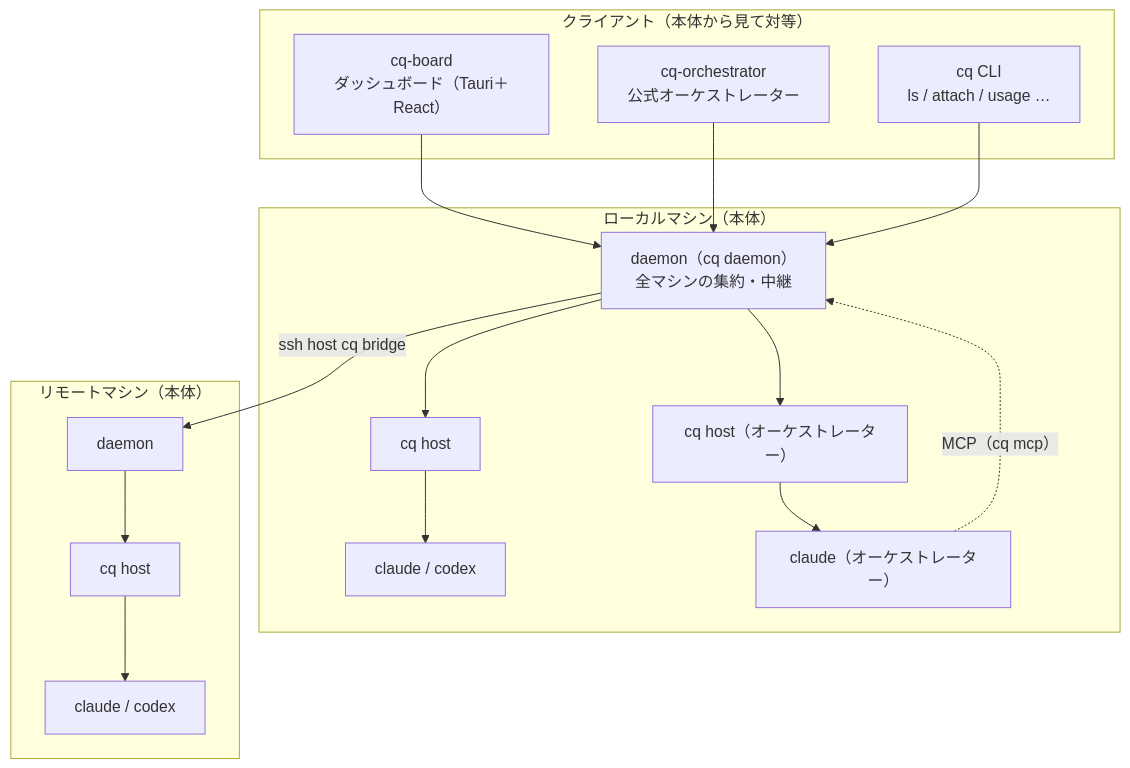
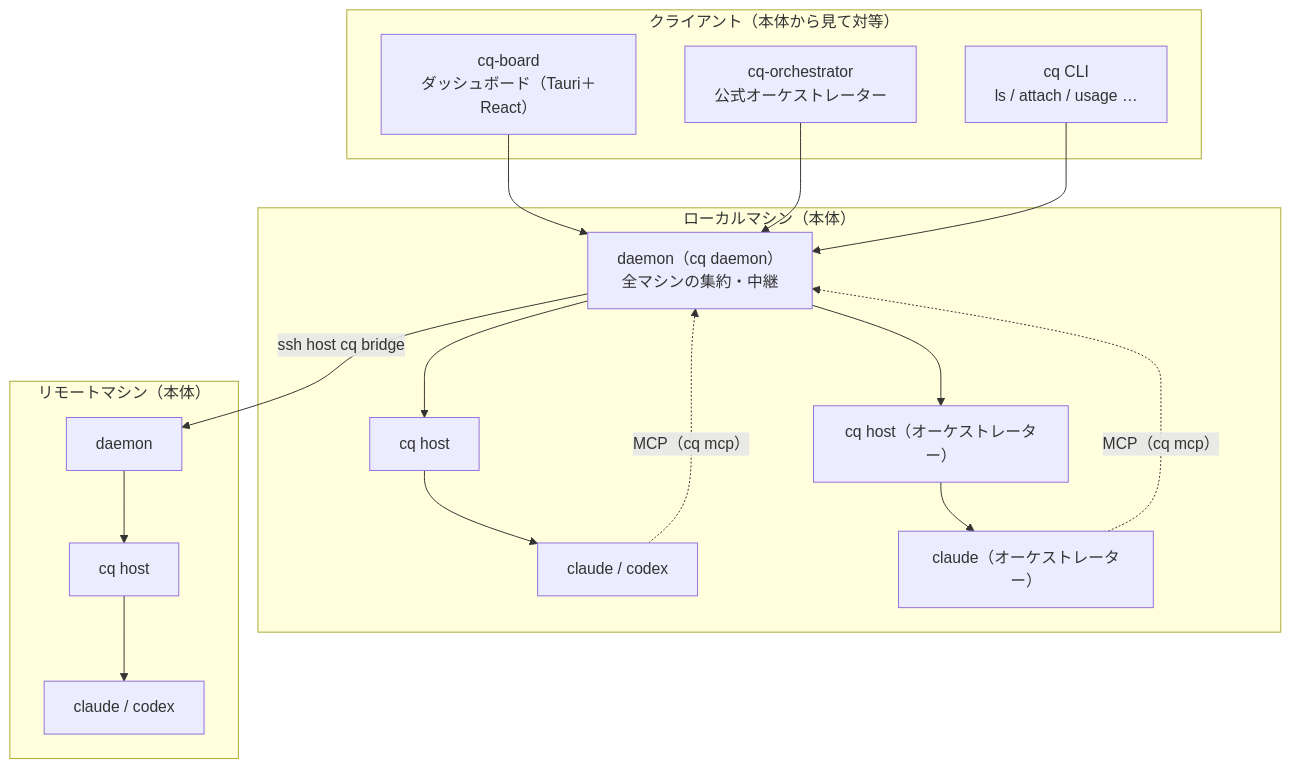
One commit to okenakt/code-quilt changed the first of 3 diagrams in docs/design.md. Above: the diagram before and after it, drawn with Mermaid. The commit also changed other lines of this file, not shown here.

````diff
--- a/docs/design.md
+++ b/docs/design.md
@@ -37,20 +37,20 @@
 ```mermaid
 flowchart TB
   subgraph Clients["クライアント（本体から見て対等）"]
     Board["cq-board<br/>ダッシュボード（Tauri＋React）"]
     Orch["cq-orchestrator<br/>公式オーケストレーター"]
     CLI["cq CLI<br/>ls / attach / usage …"]
   end
   subgraph Local["ローカルマシン（本体）"]
     CQD["daemon（cq daemon）<br/>全マシンの集約・中継"]
     H1["cq host"] --> A1["claude / codex"]
     QH["cq host（オーケストレーター）"] --> QA["claude（オーケストレーター）"]
   end
   subgraph Remote["リモートマシン（本体）"]
     RCQD["daemon"] --> H2["cq host"] --> A2["claude / codex"]
   end
   Board & Orch & CLI --> CQD
   CQD --> H1 & QH
   CQD -- "ssh host cq bridge" --> RCQD
-  QA -. "MCP（cq mcp）" .-> CQD
+  QA & A1 -. "MCP（cq mcp）" .-> CQD
 ```
````
